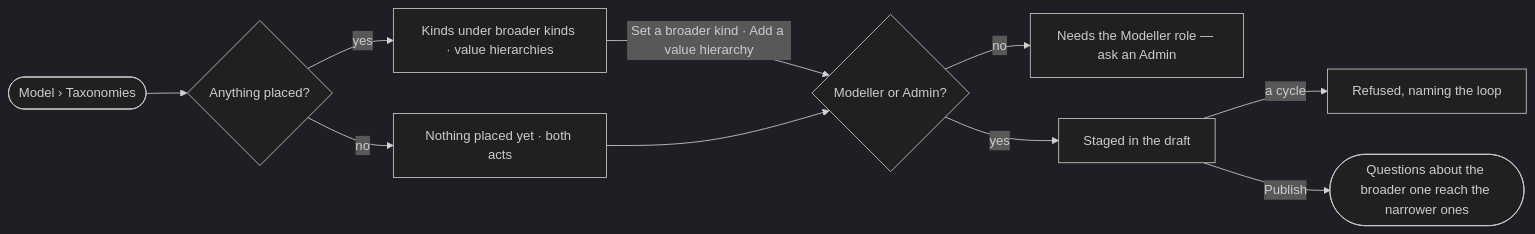
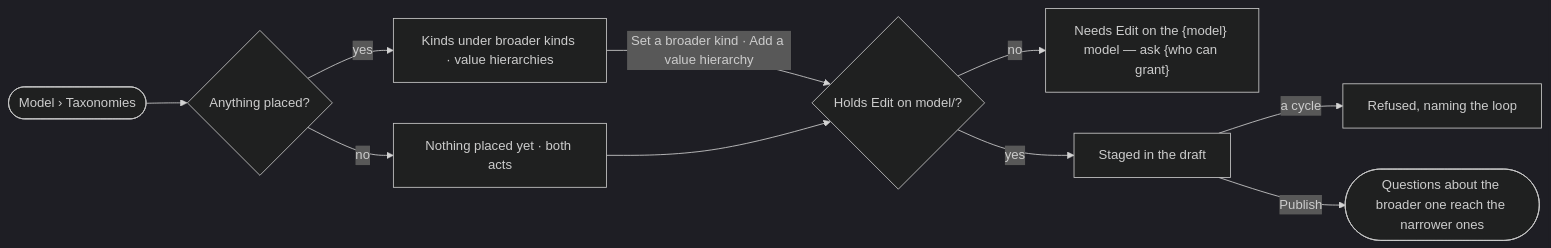
Before and after one commit to invana/invana: the diagram in specs/capabilities/semantics/features/SE-F04-taxonomies/stories/SE-21-place-kinds-and-values-under-broader-ones/story.md, drawn with Mermaid (dark theme). The commit also changed other lines of this file and 456 other files, not shown here.

````diff
--- a/specs/capabilities/semantics/features/SE-F04-taxonomies/stories/SE-21-place-kinds-and-values-under-broader-ones/story.md
+++ b/specs/capabilities/semantics/features/SE-F04-taxonomies/stories/SE-21-place-kinds-and-values-under-broader-ones/story.md
@@ -28,12 +28,12 @@
 ```mermaid
 flowchart LR
   a([Model › Taxonomies]) --> t{Anything placed?}
   t -->|no| e["Nothing placed yet · both acts"]
   t -->|yes| r["Kinds under broader kinds · value hierarchies"]
-  r -->|Set a broader kind · Add a value hierarchy| c{Modeller or Admin?}
+  r -->|Set a broader kind · Add a value hierarchy| c{"Holds Edit on model/<model>?"}
   e --> c
-  c -->|no| na["Needs the Modeller role — ask an Admin"]
+  c -->|no| na["Needs Edit on the {model} model — ask {who can grant}"]
   c -->|yes| s["Staged in the draft"]
   s -->|a cycle| x["Refused, naming the loop"]
   s -->|Publish| p(["Questions about the broader one reach the narrower ones"])
 ```
````
